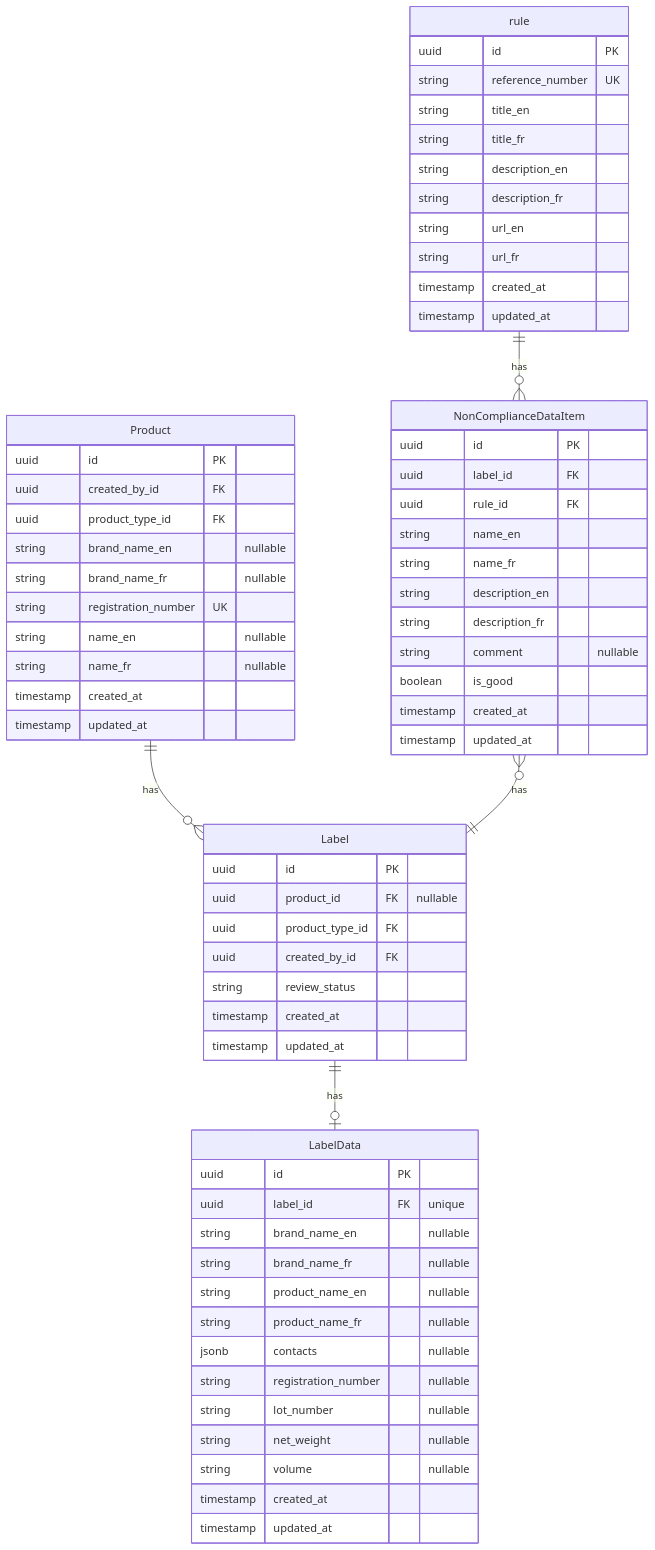
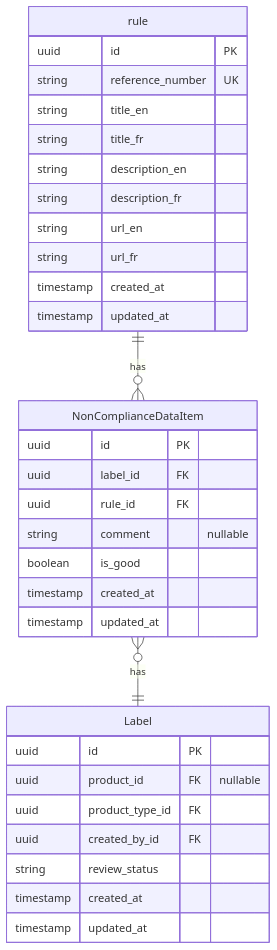
One commit to ai-cfia/fertiscan changed the second of 2 diagrams in docs/compliance/design.md. Above: the diagram before and after it, drawn with Mermaid.

Commit message:
simplify the design of erd compliance

````diff
--- a/docs/compliance/design.md
+++ b/docs/compliance/design.md
@@ -33,74 +33,43 @@
 ```mermaid
 erDiagram
 
-    Label ||--o| LabelData : "has"
-    Product ||--o{ Label : "has"
+
     NonComplianceDataItem }o--|| Label:"has"
     rule ||--o{ NonComplianceDataItem:"has"
     rule{
         uuid id PK
         string reference_number UK
         string title_en
         string title_fr
         string description_en
         string description_fr
         string url_en
         string url_fr
         timestamp created_at
         timestamp updated_at
     }
 
     NonComplianceDataItem{
         uuid id PK
         uuid label_id FK
         uuid rule_id FK
-        string name_en
-        string name_fr
-        string description_en
-        string description_fr
         string comment "nullable"
         boolean is_good
         timestamp created_at
         timestamp updated_at
 
     }
 
-    Product {
-            uuid id PK
-            uuid created_by_id FK
-            uuid product_type_id FK
-            string brand_name_en "nullable"
-            string brand_name_fr "nullable"
-            string registration_number UK
-            string name_en "nullable"
-            string name_fr "nullable"
-            timestamp created_at
-            timestamp updated_at
-        }
 
     Label {
         uuid id PK
         uuid product_id FK "nullable"
         uuid product_type_id FK
         uuid created_by_id FK
         string review_status
         timestamp created_at
         timestamp updated_at
     }
 
-    LabelData {
-        uuid id PK
-        uuid label_id FK "unique"
-        string brand_name_en "nullable"
-        string brand_name_fr "nullable"
-        string product_name_en "nullable"
-        string product_name_fr "nullable"
-        jsonb contacts "nullable"
-        string registration_number "nullable"
-        string lot_number "nullable"
-        string net_weight "nullable"
-        string volume "nullable"
-        timestamp created_at
-        timestamp updated_at
-    }
+
 ```
````
